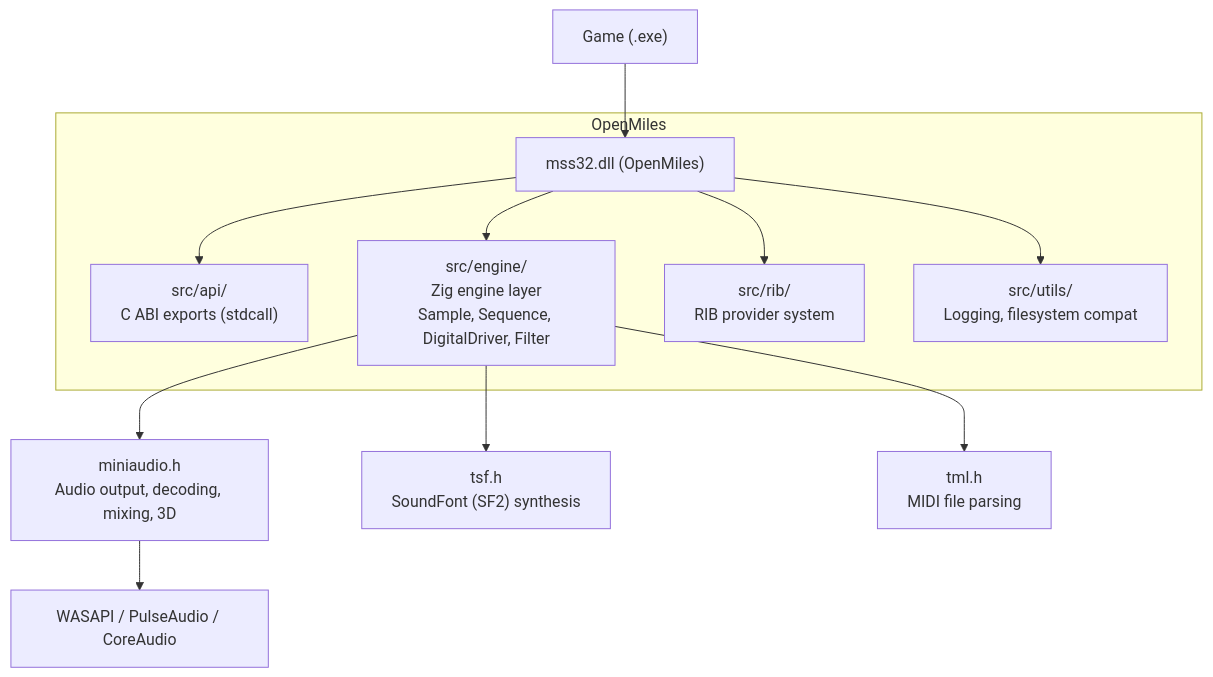
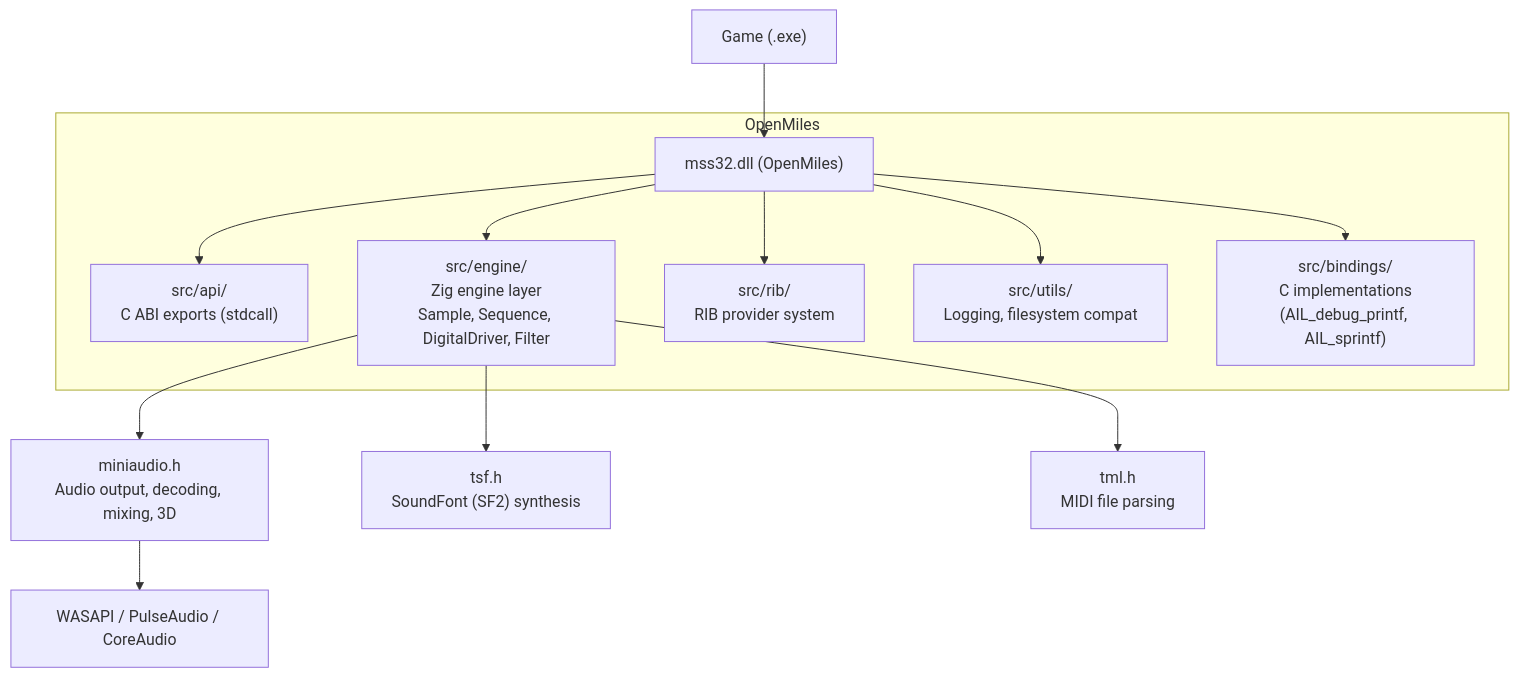
Before and after one commit to maci0/openmiles: the diagram in README.md, drawn with Mermaid. The commit also changed other lines of this file and 2 other files, not shown here.

First line of the commit message:
Docs: sync API status and diagram references with refactor

````diff
--- a/README.md
+++ b/README.md
@@ -69,17 +69,18 @@
 ```mermaid
 graph TD
     Game["Game (.exe)"] --> DLL["mss32.dll (OpenMiles)"]
 
     subgraph OpenMiles
         DLL --> API["src/api/<br/>C ABI exports (stdcall)"]
         DLL --> Engine["src/engine/<br/>Zig engine layer<br/>Sample, Sequence, DigitalDriver, Filter"]
         DLL --> RIB["src/rib/<br/>RIB provider system"]
         DLL --> Utils["src/utils/<br/>Logging, filesystem compat"]
+        DLL --> Bindings["src/bindings/<br/>C implementations<br/>(AIL_debug_printf, AIL_sprintf)"]
     end
 
     Engine --> MA["miniaudio.h<br/>Audio output, decoding, mixing, 3D"]
     Engine --> TSF["tsf.h<br/>SoundFont (SF2) synthesis"]
     Engine --> TML["tml.h<br/>MIDI file parsing"]
 
     MA --> Backend["WASAPI / PulseAudio / CoreAudio"]
 ```
````
